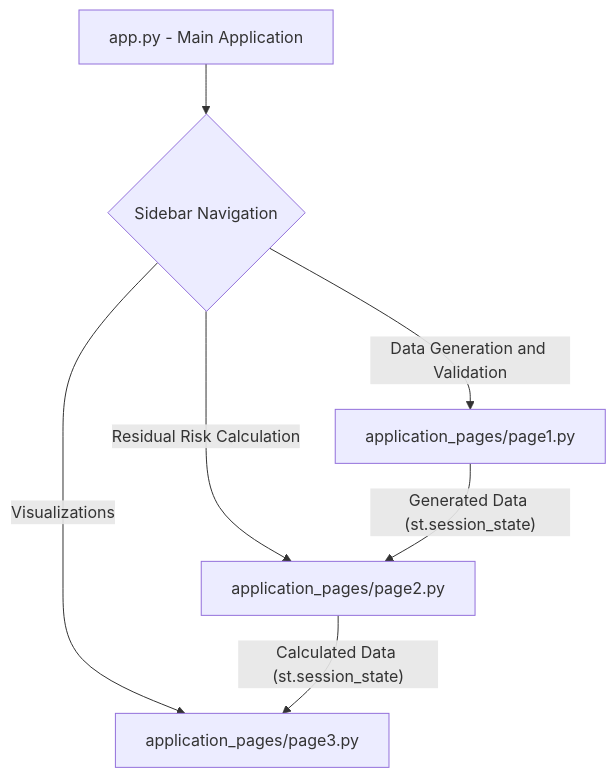
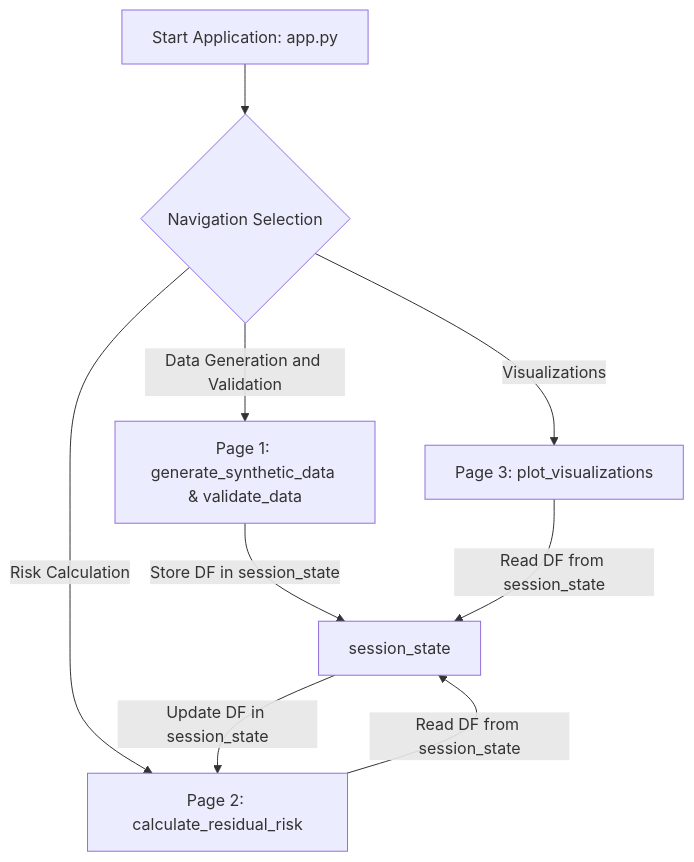
Before and after one commit to shreyas-nikam/6871525c558fdb1b582c49ab: the diagram in documentation.md, drawn with Mermaid. The commit also changed other lines of this file, not shown here.

````diff
--- a/documentation.md
+++ b/documentation.md
@@ -52,9 +44,11 @@
 ```mermaid
 graph TD
-    A[app.py - Main Application] --> B{Sidebar Navigation};
-    B -- "Data Generation and Validation" --> C[application_pages/page1.py];
-    B -- "Residual Risk Calculation" --> D[application_pages/page2.py];
-    B -- "Visualizations" --> E[application_pages/page3.py];
-    C -- "Generated Data (st.session_state)" --> D;
-    D -- "Calculated Data (st.session_state)" --> E;
+    A[Start Application: app.py] --> B{Navigation Selection};
+    B -- "Data Generation and Validation" --> C[Page 1: generate_synthetic_data & validate_data];
+    C -- "Store DF in session_state" --> D[session_state];
+    B -- "Risk Calculation" --> E[Page 2: calculate_residual_risk];
+    E -- "Read DF from session_state" --> D;
+    D -- "Update DF in session_state" --> E;
+    B -- "Visualizations" --> F[Page 3: plot_visualizations];
+    F -- "Read DF from session_state" --> D;
 ```
````
